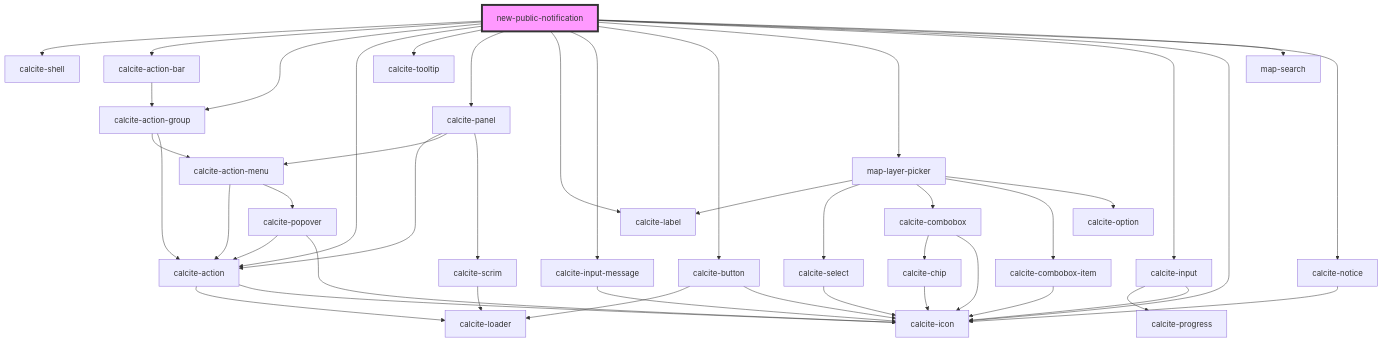
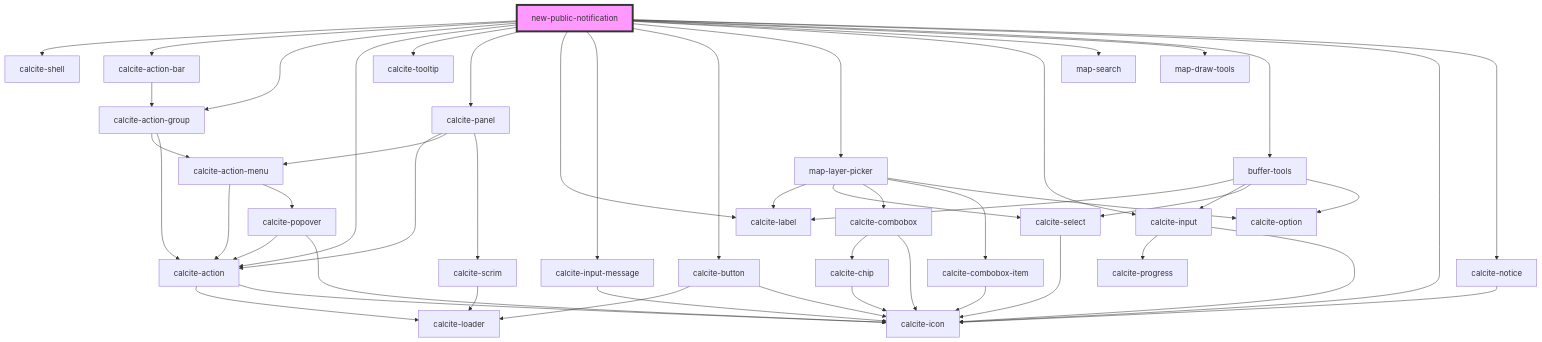
The diagram in src/components/new-public-notification/readme.md (Esri/solutions-components), drawn with Mermaid before and after one commit. The commit also changed other lines of this file and 6 other files, not shown here.

````diff
--- a/src/components/new-public-notification/readme.md
+++ b/src/components/new-public-notification/readme.md
@@ -37,47 +39,53 @@
 ```mermaid
 graph TD;
   new-public-notification --> calcite-shell
   new-public-notification --> calcite-action-bar
   new-public-notification --> calcite-action-group
   new-public-notification --> calcite-action
   new-public-notification --> calcite-tooltip
   new-public-notification --> calcite-panel
   new-public-notification --> calcite-label
   new-public-notification --> calcite-input-message
   new-public-notification --> calcite-button
   new-public-notification --> map-layer-picker
   new-public-notification --> calcite-input
+  new-public-notification --> map-search
+  new-public-notification --> map-draw-tools
+  new-public-notification --> buffer-tools
   new-public-notification --> calcite-icon
-  new-public-notification --> map-search
   new-public-notification --> calcite-notice
   calcite-action-bar --> calcite-action-group
   calcite-action-group --> calcite-action-menu
   calcite-action-group --> calcite-action
   calcite-action-menu --> calcite-action
   calcite-action-menu --> calcite-popover
   calcite-action --> calcite-loader
   calcite-action --> calcite-icon
   calcite-popover --> calcite-action
   calcite-popover --> calcite-icon
   calcite-panel --> calcite-action
   calcite-panel --> calcite-action-menu
   calcite-panel --> calcite-scrim
   calcite-scrim --> calcite-loader
   calcite-input-message --> calcite-icon
   calcite-button --> calcite-loader
   calcite-button --> calcite-icon
   map-layer-picker --> calcite-label
   map-layer-picker --> calcite-select
   map-layer-picker --> calcite-combobox
   map-layer-picker --> calcite-combobox-item
   map-layer-picker --> calcite-option
   calcite-select --> calcite-icon
   calcite-combobox --> calcite-chip
   calcite-combobox --> calcite-icon
   calcite-chip --> calcite-icon
   calcite-combobox-item --> calcite-icon
   calcite-input --> calcite-progress
   calcite-input --> calcite-icon
+  buffer-tools --> calcite-label
+  buffer-tools --> calcite-input
+  buffer-tools --> calcite-select
+  buffer-tools --> calcite-option
   calcite-notice --> calcite-icon
   style new-public-notification fill:#f9f,stroke:#333,stroke-width:4px
 ```
````
